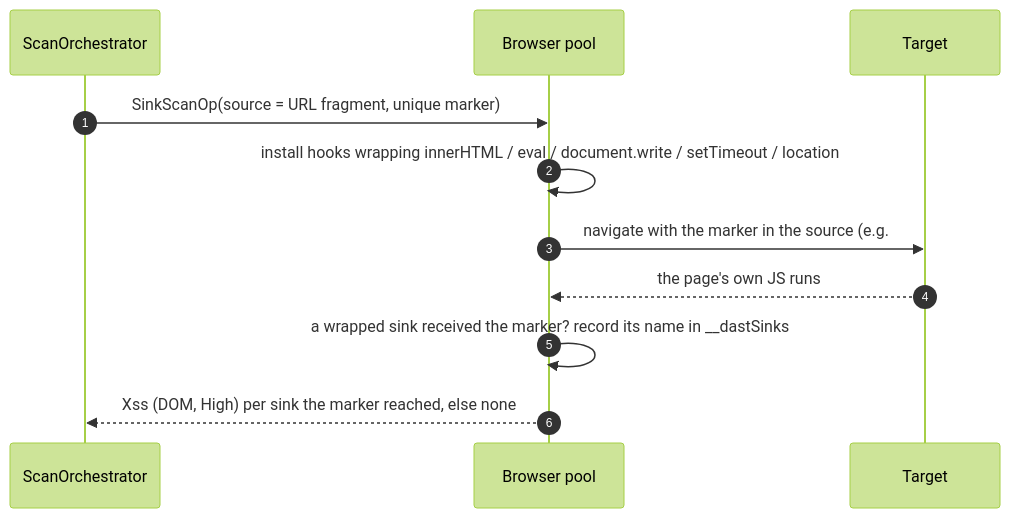
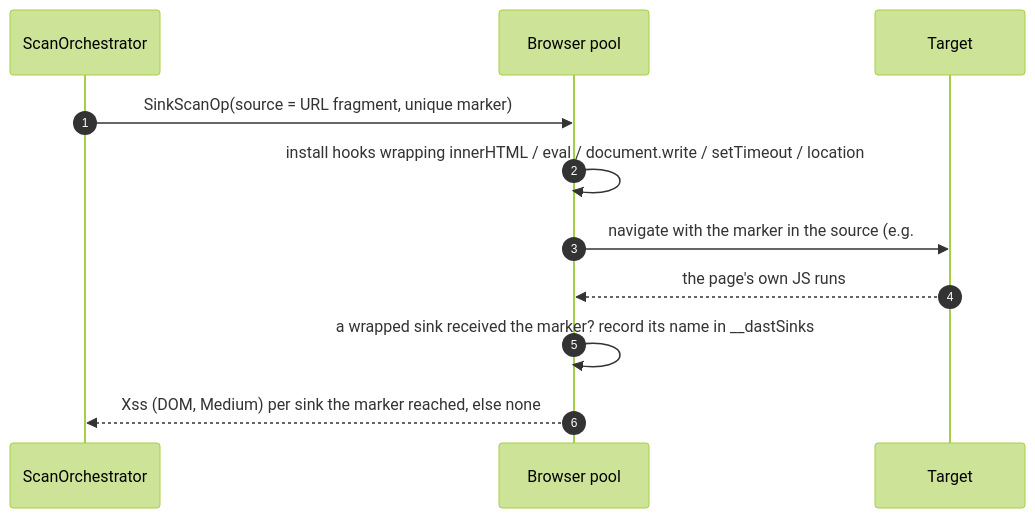
Before and after one commit to haruhiko-nishi-asd/pekko-dast: the sixth of 8 diagrams in README.ja.md, drawn with Mermaid (forest theme). The commit also changed 1 other file, not shown here.

Commit message:
docs: drop em dashes and fix stale DOM-XSS severity in diagram
Remove em dashes from both READMEs in favor of the repo's existing
spaced-hyphen aside style, for a consistent house style. Also correct
the sink-scan diagram label from "High" to "Medium" to match the
severity downgrade in 6bdc2ff.

````diff
--- a/README.ja.md
+++ b/README.ja.md
@@ -241,13 +241,13 @@
 ```mermaid
 sequenceDiagram
     autonumber
     participant O as ScanOrchestrator
     participant P as Browser pool
     participant T as Target
     O->>P: SinkScanOp(source = URL fragment, unique marker)
     P->>P: install hooks wrapping innerHTML / eval / document.write / setTimeout / location
     P->>T: navigate with the marker in the source (e.g. #<marker>)
     T-->>P: the page's own JS runs
     P->>P: a wrapped sink received the marker? record its name in __dastSinks
-    P-->>O: Xss (DOM, High) per sink the marker reached, else none
+    P-->>O: Xss (DOM, Medium) per sink the marker reached, else none
 ```
````
